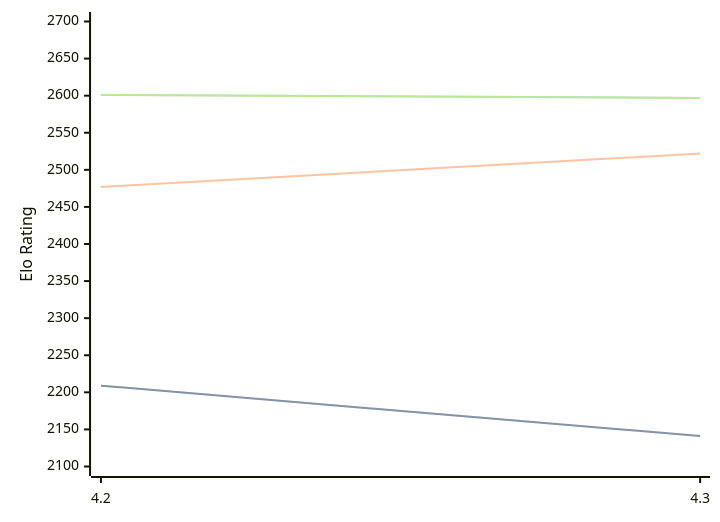
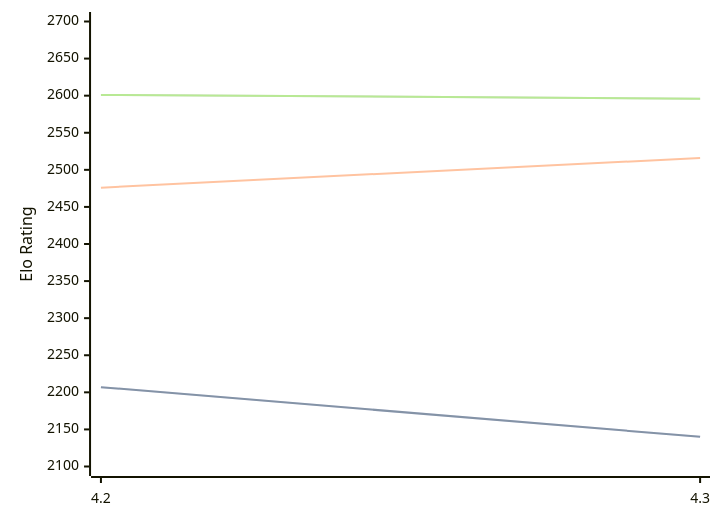
Before and after one commit to computer-chess-index/cci: the diagram in engines/Eubos.md, drawn with Mermaid. The commit also changed other lines of this file, not shown here.

Commit message:
Update CCI Ratings (ELO VLTC) - 2026-02-28

````diff
--- a/engines/Eubos.md
+++ b/engines/Eubos.md
@@ -86,11 +86,11 @@
 ```mermaid
 %%{init: {"theme":"base","themeVariables":{"seriesColors:['#a3a3a3','#222221','#faa371']}}}%%
 xychart-beta
   x-axis ["4.2", "4.3"]
   y-axis "Elo Rating" 2100 --> 2700
-  line "STC (8.0+0.08s)" [2209, 2141]
-  line "STC (8.0+0.08s)" [2209, 2141]
-  line "LTC (60.0+0.60s)" [2477, 2522]
-  line "VLTC (2m24s+1.12s)" [2601, 2597]
-  line "VLTC (2m24s+1.12s)" [2601, 2597]
+  line "STC (8.0+0.08s)" [2207, 2140]
+  line "STC (8.0+0.08s)" [2207, 2140]
+  line "LTC (60.0+0.60s)" [2476, 2516]
+  line "VLTC (2m24s+1.12s)" [2601, 2596]
+  line "VLTC (2m24s+1.12s)" [2601, 2596]
 ```
````
